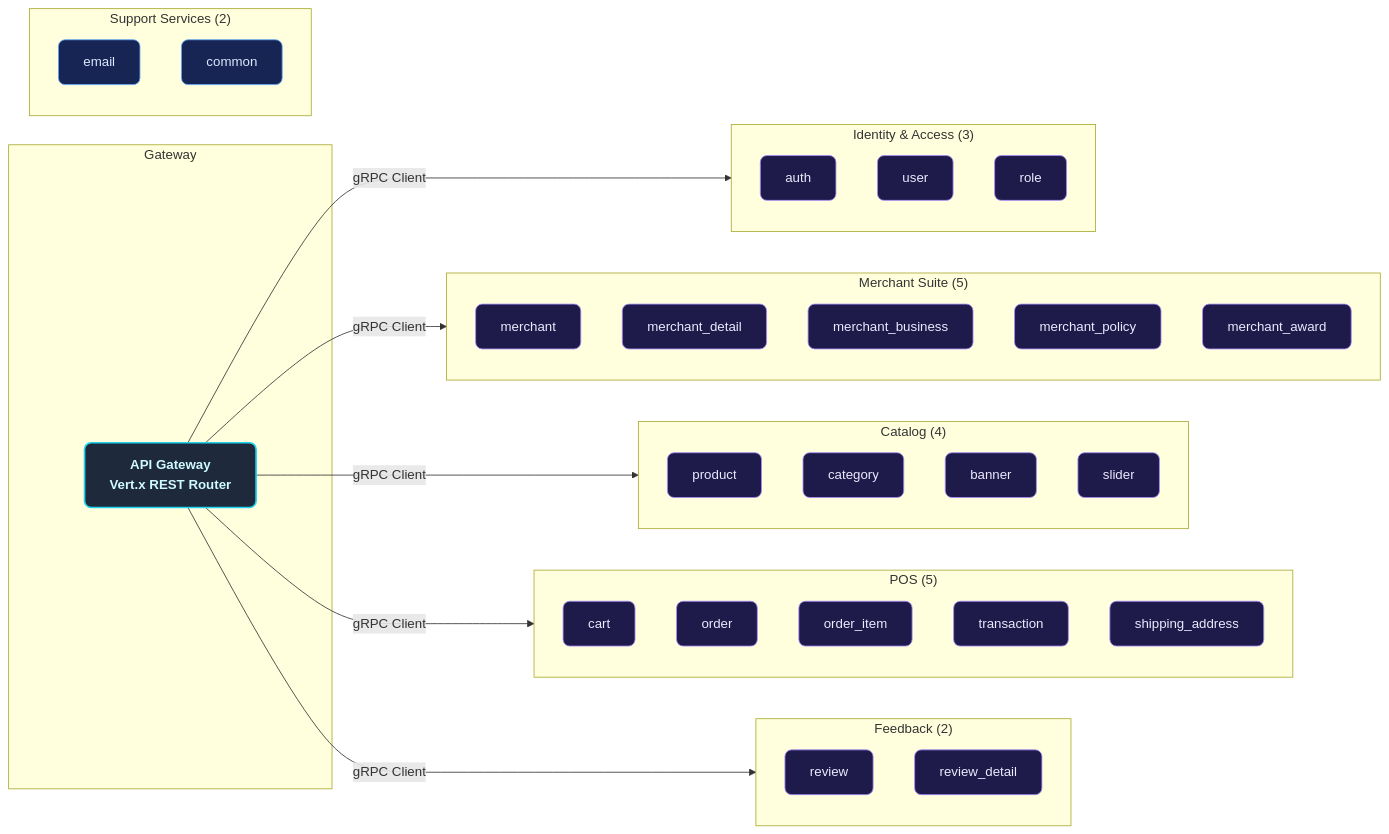
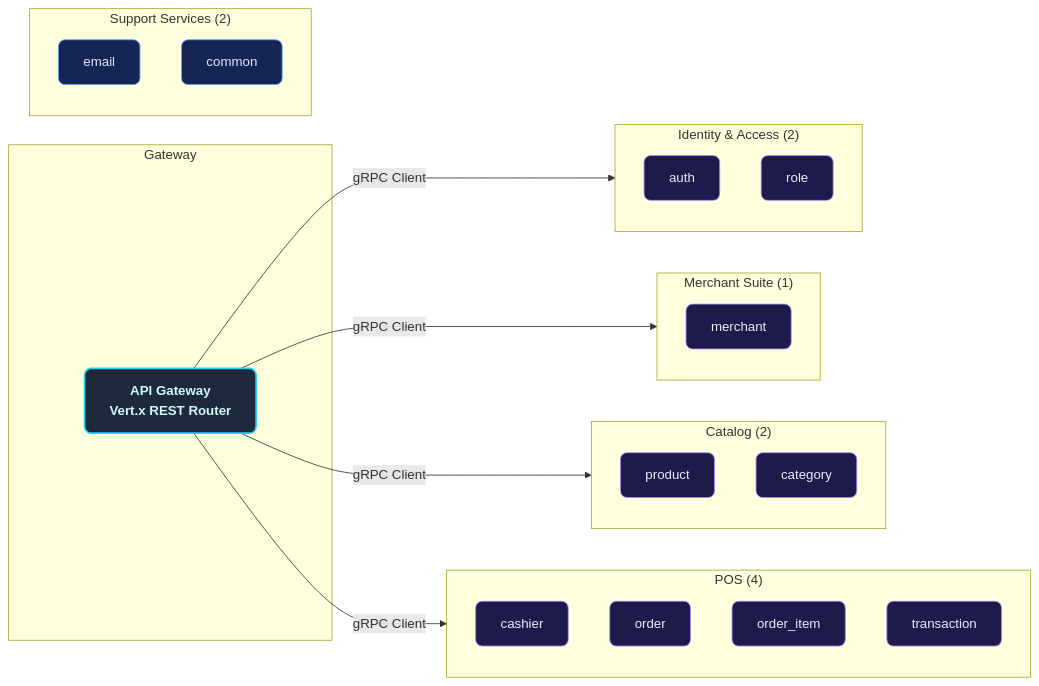
One commit to MamangRust/modular-monolith-vertx-point-of-sale changed the second of 7 diagrams in README.md. Above: the diagram before and after it, drawn with Mermaid. The commit also changed other lines of this file, not shown here.

Commit message:
docs: refresh README to reflect Vert.x architecture and POS system scope

````diff
--- a/README.md
+++ b/README.md
@@ -157,55 +144,41 @@
 ```mermaid
 graph LR
     classDef svc fill:#1e1b4b,stroke:#a78bfa,color:#ede9fe,stroke-width:1px,rx:8
     classDef gw fill:#1e293b,stroke:#22d3ee,color:#cffafe,stroke-width:2px,rx:8,font-weight:bold
     classDef support fill:#172554,stroke:#60a5fa,color:#dbeafe,stroke-width:1px,rx:8
 
     subgraph Gateway
         API["API Gateway<br/>Vert.x REST Router"]:::gw
     end
 
-    subgraph Identity["Identity & Access (3)"]
+    subgraph Identity["Identity & Access (2)"]
         A1["auth"]:::svc
-        A2["user"]:::svc
-        A3["role"]:::svc
+        A2["role"]:::svc
     end
 
-    subgraph Merchant["Merchant Suite (5)"]
+    subgraph Merchant["Merchant Suite (1)"]
         M1["merchant"]:::svc
-        M2["merchant_detail"]:::svc
-        M3["merchant_business"]:::svc
-        M4["merchant_policy"]:::svc
-        M5["merchant_award"]:::svc
     end
 
-    subgraph Catalog["Catalog (4)"]
+    subgraph Catalog["Catalog (2)"]
         C1["product"]:::svc
         C2["category"]:::svc
-        C3["banner"]:::svc
-        C4["slider"]:::svc
     end
 
-    subgraph POS["POS (5)"]
-        O1["cart"]:::svc
+    subgraph POS["POS (4)"]
+        O1["cashier"]:::svc
         O2["order"]:::svc
         O3["order_item"]:::svc
         O4["transaction"]:::svc
-        O5["shipping_address"]:::svc
-    end
-
-    subgraph Feedback["Feedback (2)"]
-        R1["review"]:::svc
-        R2["review_detail"]:::svc
     end
 
     subgraph Support["Support Services (2)"]
         S1["email"]:::support
         S2["common"]:::support
     end
 
     API -->|"gRPC Client"| Identity
     API -->|"gRPC Client"| Merchant
     API -->|"gRPC Client"| Catalog
     API -->|"gRPC Client"| POS
-    API -->|"gRPC Client"| Feedback
 ```
````
